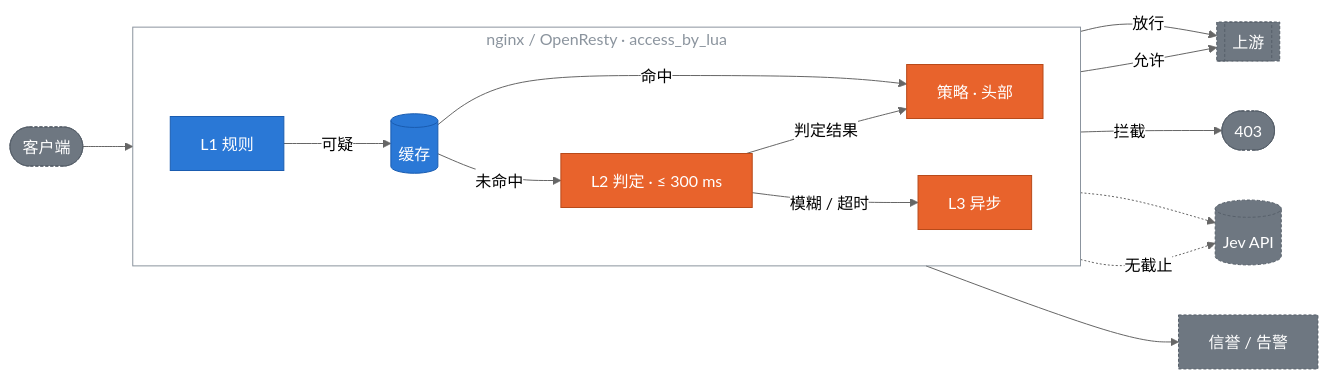
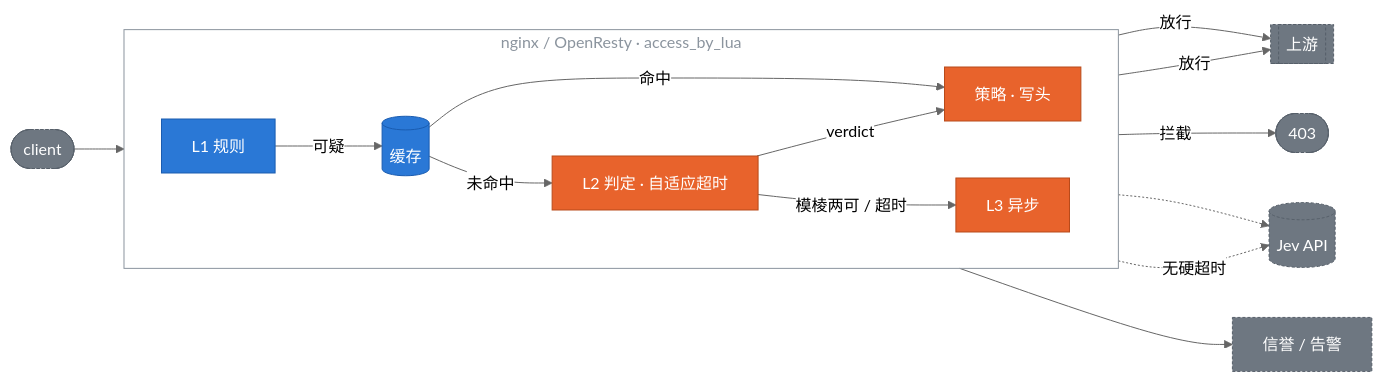
The diagram in README.zh-CN.md (kiwi0719/jev-edge), drawn with Mermaid (neutral theme) before and after one commit. The commit also changed other lines of this file and 1 other file, not shown here.

Commit message:
README: sync zh-CN with en; roadmap: 0.2.0 Envoy done, 0.2.x forward-auth, 0.3.0 Cloudflare; drop stale 300 ms line and repo layout

````diff
--- a/README.zh-CN.md
+++ b/README.zh-CN.md
@@ -162,26 +228,26 @@
 ```mermaid
 flowchart LR
-    client([客户端]) --> L1
+    client([client]) --> L1
     subgraph edge [nginx / OpenResty · access_by_lua]
         direction LR
         L1[L1 规则] -->|可疑| cache[(缓存)]
-        cache -->|未命中| L2[L2 判定 · ≤ 300 ms]
+        cache -->|未命中| L2[L2 判定 · 自适应超时]
         cache -->|命中| policy
-        L2 -->|判定结果| policy[策略 · 头部]
-        L2 -->|模糊 / 超时| L3[L3 异步]
+        L2 -->|verdict| policy[策略 · 写头]
+        L2 -->|模棱两可 / 超时| L3[L3 异步]
     end
     L1 -->|放行| up[[上游]]
-    policy -->|允许| up
+    policy -->|放行| up
     policy -->|拦截| deny([403])
     L2 -.-> jev[(Jev API)]
-    L3 -.->|无截止| jev
+    L3 -.->|无硬超时| jev
     L3 --> rep[信誉 / 告警]
 
     classDef cheap fill:#2a78d6,stroke:#1a5cb0,color:#ffffff
     classDef judge fill:#e8632c,stroke:#b84a1a,color:#ffffff
     classDef ext fill:#6e7781,stroke:#57606a,color:#ffffff,stroke-dasharray:3 2
     class L1,cache cheap
     class L2,L3,policy judge
     class client,up,deny,jev,rep ext
     style edge fill:transparent,stroke:#8b949e,color:#8b949e
 ```
````
